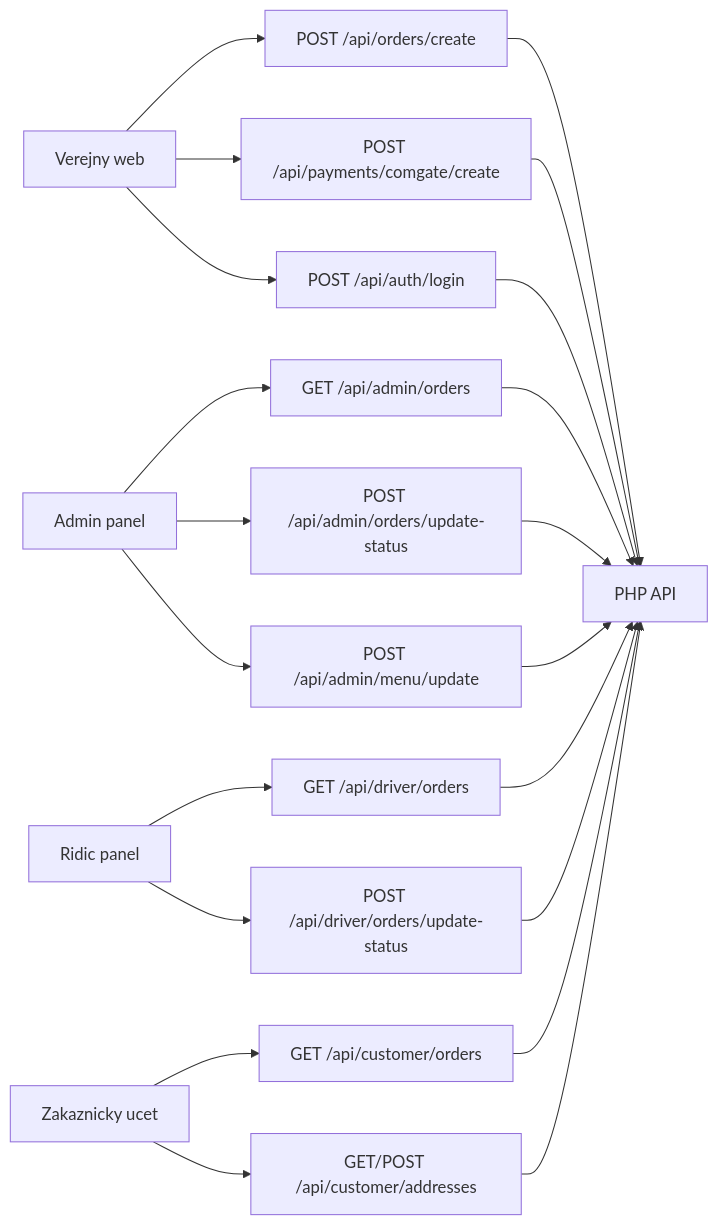
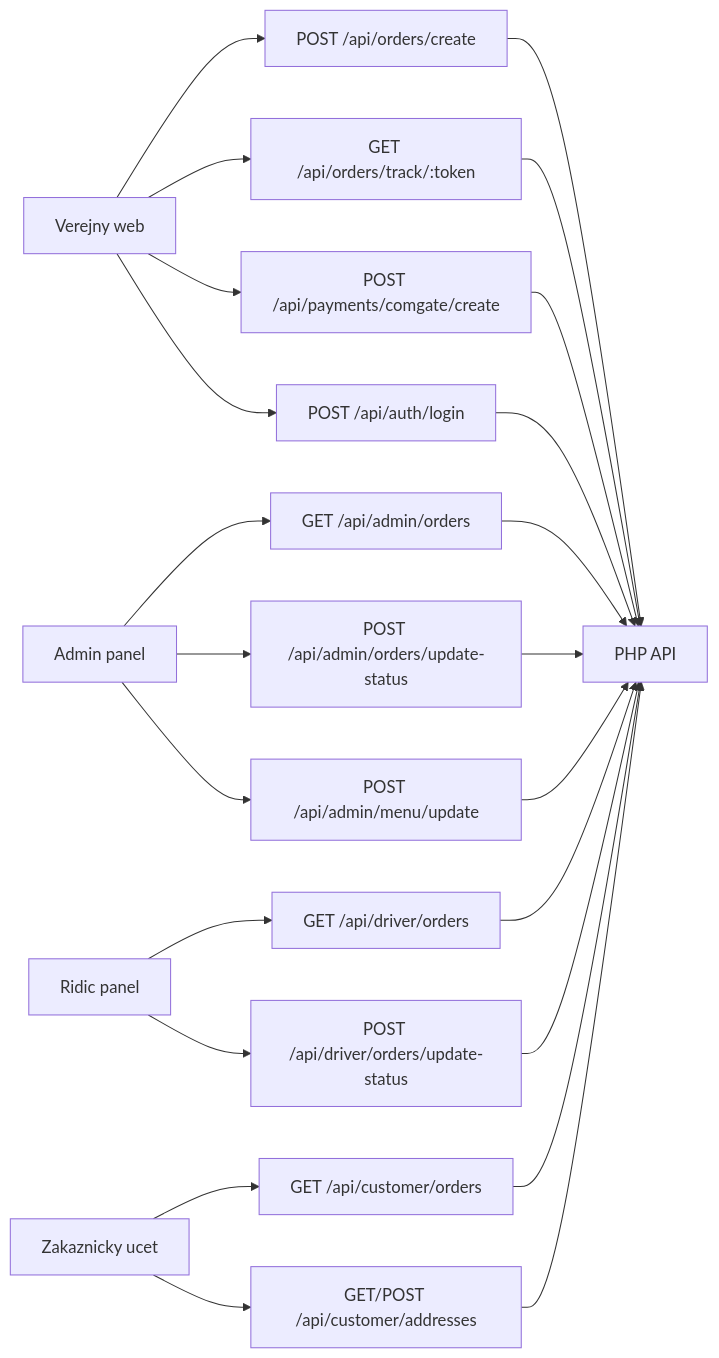
Before and after one commit to Poracanin/pizza-bellizzi: the tenth of 11 diagrams in ARCHITEKTURA.md, drawn with Mermaid. The commit also changed other lines of this file and 5 other files, not shown here.

````diff
--- a/ARCHITEKTURA.md
+++ b/ARCHITEKTURA.md
@@ -294,33 +383,35 @@
 ```mermaid
 flowchart LR
   web[Verejny web]
   admin[Admin panel]
   driver[Ridic panel]
   customer[Zakaznicky ucet]
   api[PHP API]
 
   web --> createOrder[POST /api/orders/create]
+  web --> trackOrder[GET /api/orders/track/:token]
   web --> createPayment[POST /api/payments/comgate/create]
   web --> customerLogin[POST /api/auth/login]
 
   admin --> adminOrders[GET /api/admin/orders]
   admin --> updateOrder[POST /api/admin/orders/update-status]
   admin --> menuEdit[POST /api/admin/menu/update]
 
   driver --> driverOrders[GET /api/driver/orders]
   driver --> driverStatus[POST /api/driver/orders/update-status]
 
   customer --> myOrders[GET /api/customer/orders]
   customer --> addresses[GET/POST /api/customer/addresses]
 
   createOrder --> api
+  trackOrder --> api
   createPayment --> api
   customerLogin --> api
   adminOrders --> api
   updateOrder --> api
   menuEdit --> api
   driverOrders --> api
   driverStatus --> api
   myOrders --> api
   addresses --> api
 ```
````
